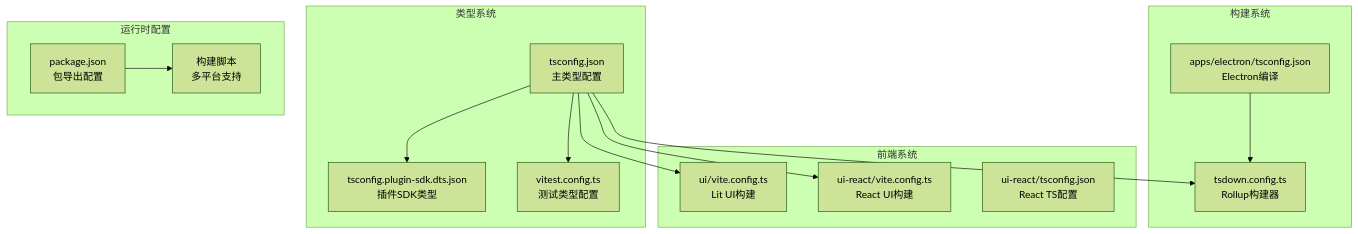
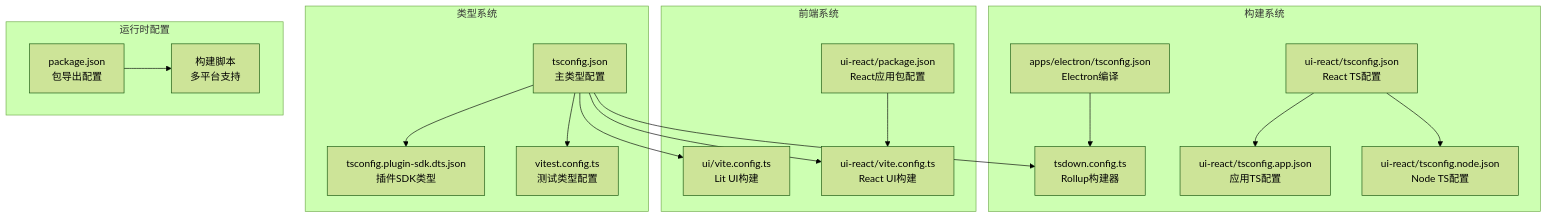
The second of 6 diagrams in .qoder/repowiki/zh/content/Typescript Configuration.md (verse-ai-org/openclaw), drawn with Mermaid (forest theme) before and after one commit. The commit also changed other lines of this file and 13 other files, not shown here.

````diff
--- a/.qoder/repowiki/zh/content/Typescript Configuration.md
+++ b/.qoder/repowiki/zh/content/Typescript Configuration.md
@@ -130,28 +145,34 @@
 ```mermaid
 graph TD
 subgraph "构建系统"
 Build[tsdown.config.ts<br/>Rollup构建器]
 ElectronTS[apps/electron/tsconfig.json<br/>Electron编译]
+ReactTS[ui-react/tsconfig.json<br/>React TS配置]
+ReactAppTS[ui-react/tsconfig.app.json<br/>应用TS配置]
+ReactNodeTS[ui-react/tsconfig.node.json<br/>Node TS配置]
 end
 subgraph "前端系统"
 UIConfig[ui/vite.config.ts<br/>Lit UI构建]
 ReactConfig[ui-react/vite.config.ts<br/>React UI构建]
-ReactTS[ui-react/tsconfig.json<br/>React TS配置]
+ReactPackage[ui-react/package.json<br/>React应用包配置]
 end
 subgraph "类型系统"
 MainTS[tsconfig.json<br/>主类型配置]
 PluginDTS[tsconfig.plugin-sdk.dts.json<br/>插件SDK类型]
 TestTS[vitest.config.ts<br/>测试类型配置]
 end
 subgraph "运行时配置"
 PackageJSON[package.json<br/>包导出配置]
 BuildScripts[构建脚本<br/>多平台支持]
 end
 MainTS --> Build
 MainTS --> UIConfig
 MainTS --> ReactConfig
 MainTS --> PluginDTS
 MainTS --> TestTS
 PackageJSON --> BuildScripts
 ElectronTS --> Build
+ReactTS --> ReactAppTS
+ReactTS --> ReactNodeTS
+ReactPackage --> ReactConfig
 ```
````
